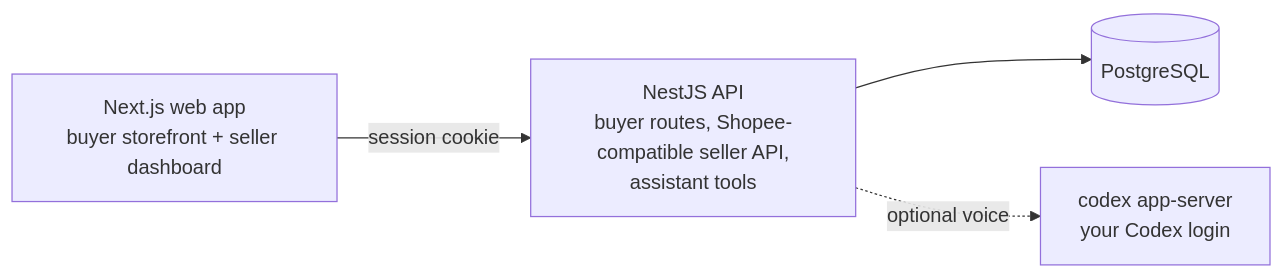
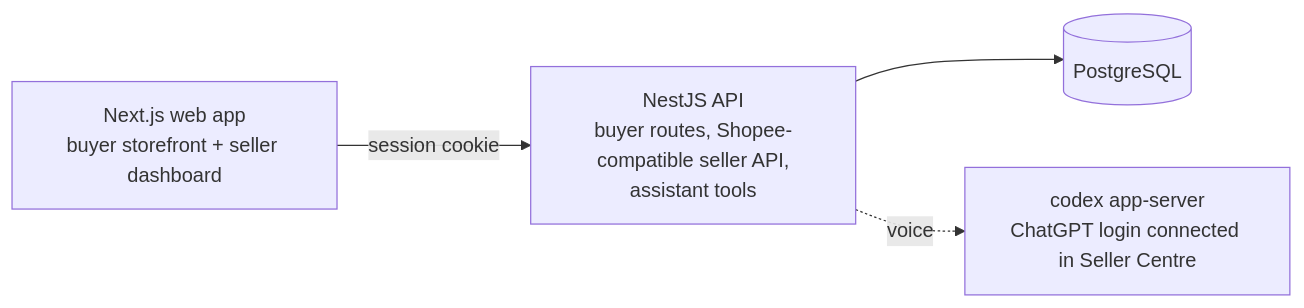
One commit to RyanNg1403/huspee changed the diagram in README.md. Above: the diagram before and after it, drawn with Mermaid. The commit also changed other lines of this file and 24 other files, not shown here.

First line of the commit message:
feat(assistant): connect the voice assistant's ChatGPT login from Seller Centre

````diff
--- a/README.md
+++ b/README.md
@@ -9,6 +9,6 @@
 ```mermaid
 flowchart LR
     WEB[Next.js web app<br/>buyer storefront + seller dashboard] -->|session cookie| API
     API[NestJS API<br/>buyer routes, Shopee-compatible seller API,<br/>assistant tools] --> DB[(PostgreSQL)]
-    API -.->|optional voice| CODEX[codex app-server<br/>your Codex login]
+    API -.->|voice| CODEX[codex app-server<br/>ChatGPT login connected in Seller Centre]
 ```
````
